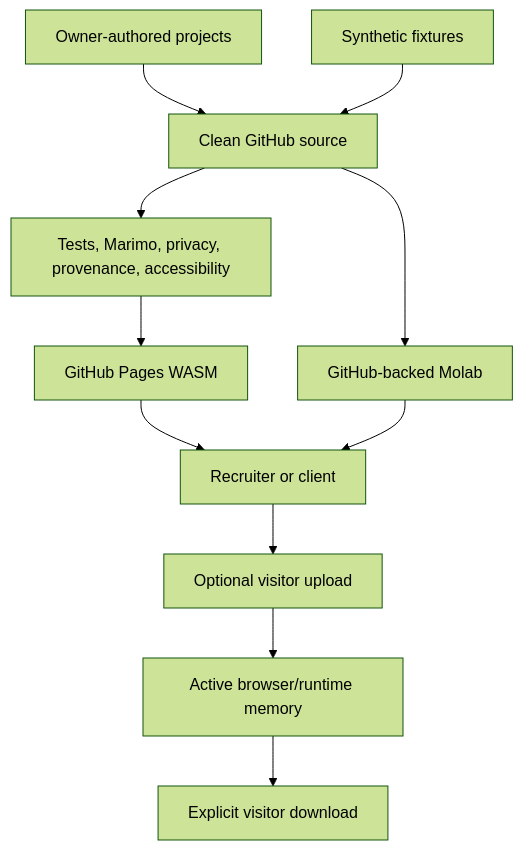
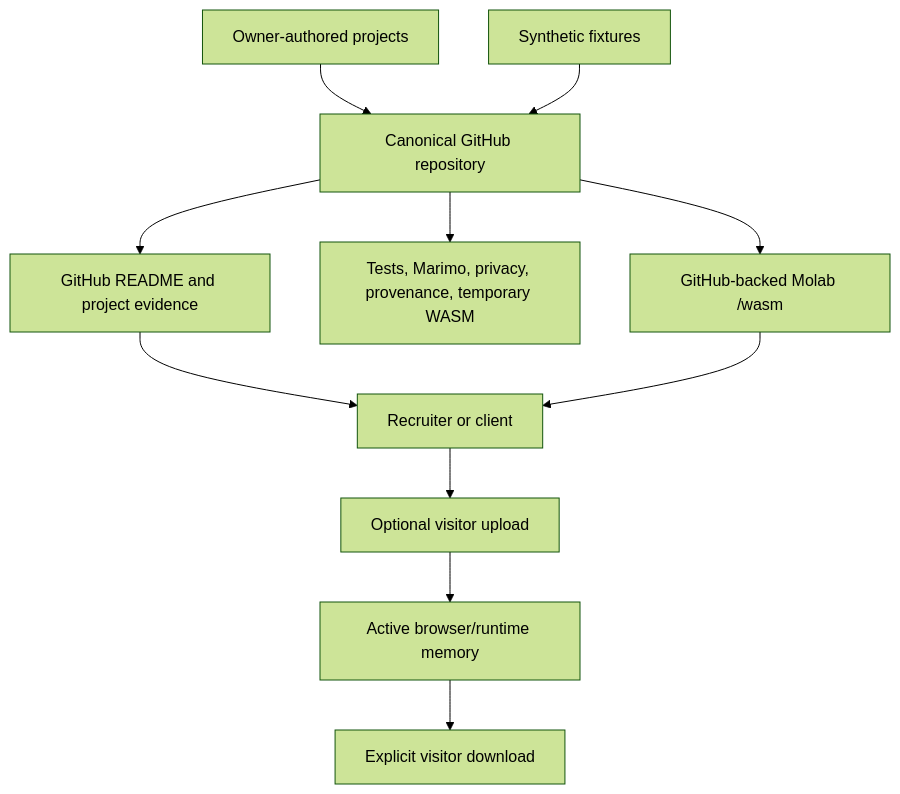
One commit to Saltiola7/Data-Analysis-Portfolio changed the diagram in docs/specs/public_portfolio/README.md. Above: the diagram before and after it, drawn with Mermaid (forest theme). The commit also changed other lines of this file and 11 other files, not shown here.

Commit message:
[domain] define repository-only portfolio

````diff
--- a/docs/specs/public_portfolio/README.md
+++ b/docs/specs/public_portfolio/README.md
@@ -37,27 +37,27 @@
 ```mermaid
 graph TD
-    accTitle: Clean portfolio source, validation, and browser delivery
-    accDescr: Owner-authored projects and synthetic fixtures enter clean GitHub source. CI validates source before GitHub Pages delivery. Molab reads the same source. Runtime visitor uploads remain in browser memory and are never sent to an owner backend.
+    accTitle: GitHub portfolio source, validation, and on-demand browser delivery
+    accDescr: Owner-authored projects and synthetic fixtures enter canonical GitHub source. CI validates source and temporary WASM exports. Molab reads the same source on demand. Runtime visitor uploads remain outside owner storage.
 
     AUTHOR["Owner-authored projects"]
     FIXTURES["Synthetic fixtures"]
-    SRC["Clean GitHub source"]
-    CI["Tests, Marimo, privacy, provenance, accessibility"]
-    PAGES["GitHub Pages WASM"]
-    MOLAB["GitHub-backed Molab"]
+    SRC["Canonical GitHub repository"]
+    README["GitHub README and project evidence"]
+    CI["Tests, Marimo, privacy, provenance, temporary WASM"]
+    MOLAB["GitHub-backed Molab /wasm"]
     VISITOR["Recruiter or client"]
     UPLOAD["Optional visitor upload"]
     MEMORY["Active browser/runtime memory"]
     DOWNLOAD["Explicit visitor download"]
 
     AUTHOR --> SRC
     FIXTURES --> SRC
+    SRC --> README
     SRC --> CI
-    CI --> PAGES
     SRC --> MOLAB
-    PAGES --> VISITOR
+    README --> VISITOR
     MOLAB --> VISITOR
     VISITOR --> UPLOAD
     UPLOAD --> MEMORY
     MEMORY --> DOWNLOAD
 ```
````
